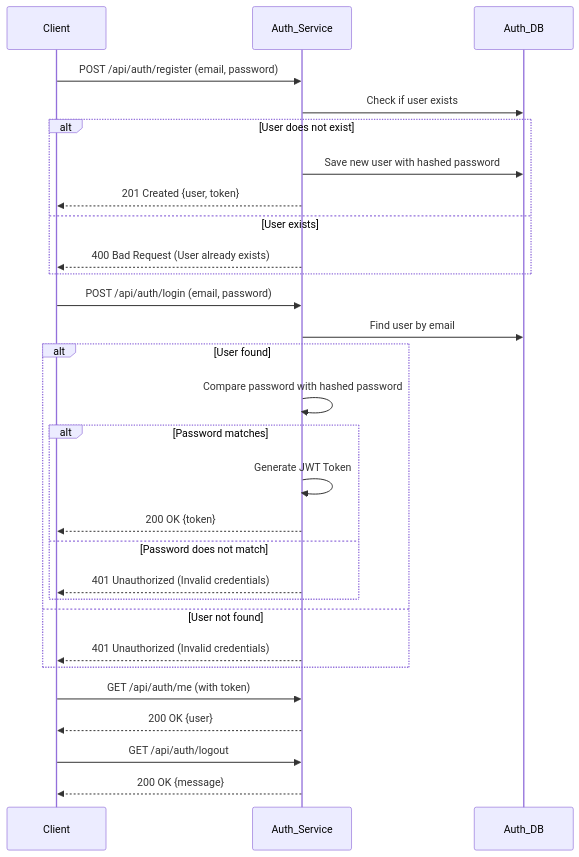
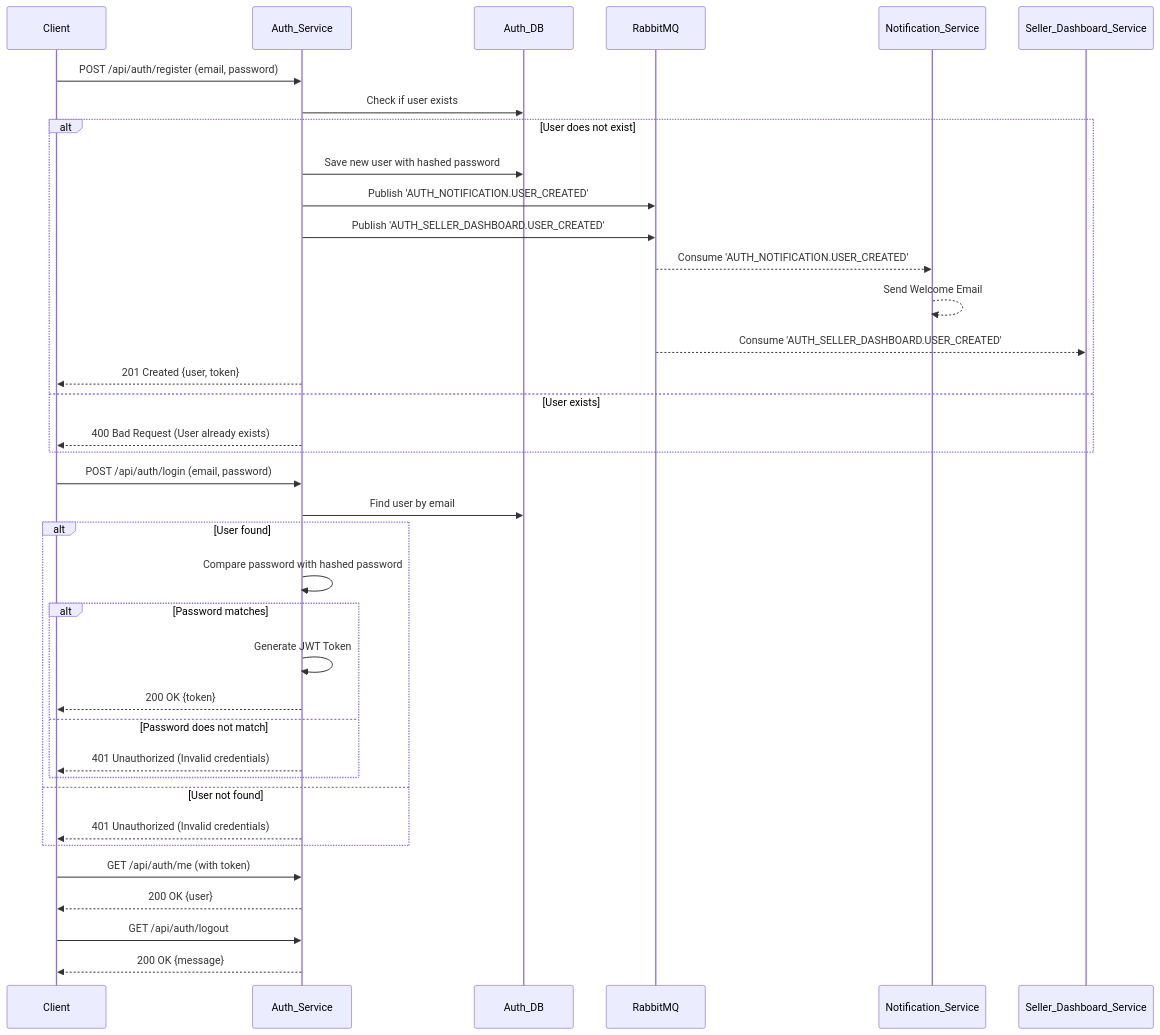
One commit to priyanshu-samal/microBazaar changed the second of 7 diagrams in README.md. Above: the diagram before and after it, drawn with Mermaid. The commit also changed other lines of this file, not shown here.

````diff
--- a/README.md
+++ b/README.md
@@ -90,35 +107,43 @@
 ```mermaid
 sequenceDiagram
     participant Client
     participant Auth_Service
     participant Auth_DB
+    participant RabbitMQ
+    participant Notification_Service
+    participant Seller_Dashboard_Service
 
     Client->>Auth_Service: POST /api/auth/register (email, password)
     Auth_Service->>Auth_DB: Check if user exists
     alt User does not exist
         Auth_Service->>Auth_DB: Save new user with hashed password
+        Auth_Service->>RabbitMQ: Publish 'AUTH_NOTIFICATION.USER_CREATED'
+        Auth_Service->>RabbitMQ: Publish 'AUTH_SELLER_DASHBOARD.USER_CREATED'
+        RabbitMQ-->>Notification_Service: Consume 'AUTH_NOTIFICATION.USER_CREATED'
+        Notification_Service-->>Notification_Service: Send Welcome Email
+        RabbitMQ-->>Seller_Dashboard_Service: Consume 'AUTH_SELLER_DASHBOARD.USER_CREATED'
         Auth_Service-->>Client: 201 Created {user, token}
     else User exists
         Auth_Service-->>Client: 400 Bad Request (User already exists)
     end
 
     Client->>Auth_Service: POST /api/auth/login (email, password)
     Auth_Service->>Auth_DB: Find user by email
     alt User found
         Auth_Service->>Auth_Service: Compare password with hashed password
         alt Password matches
             Auth_Service->>Auth_Service: Generate JWT Token
             Auth_Service-->>Client: 200 OK {token}
         else Password does not match
             Auth_Service-->>Client: 401 Unauthorized (Invalid credentials)
         end
     else User not found
         Auth_Service-->>Client: 401 Unauthorized (Invalid credentials)
     end
     
     Client->>Auth_Service: GET /api/auth/me (with token)
     Auth_Service-->>Client: 200 OK {user}
 
     Client->>Auth_Service: GET /api/auth/logout
     Auth_Service-->>Client: 200 OK {message}
 ```
````
